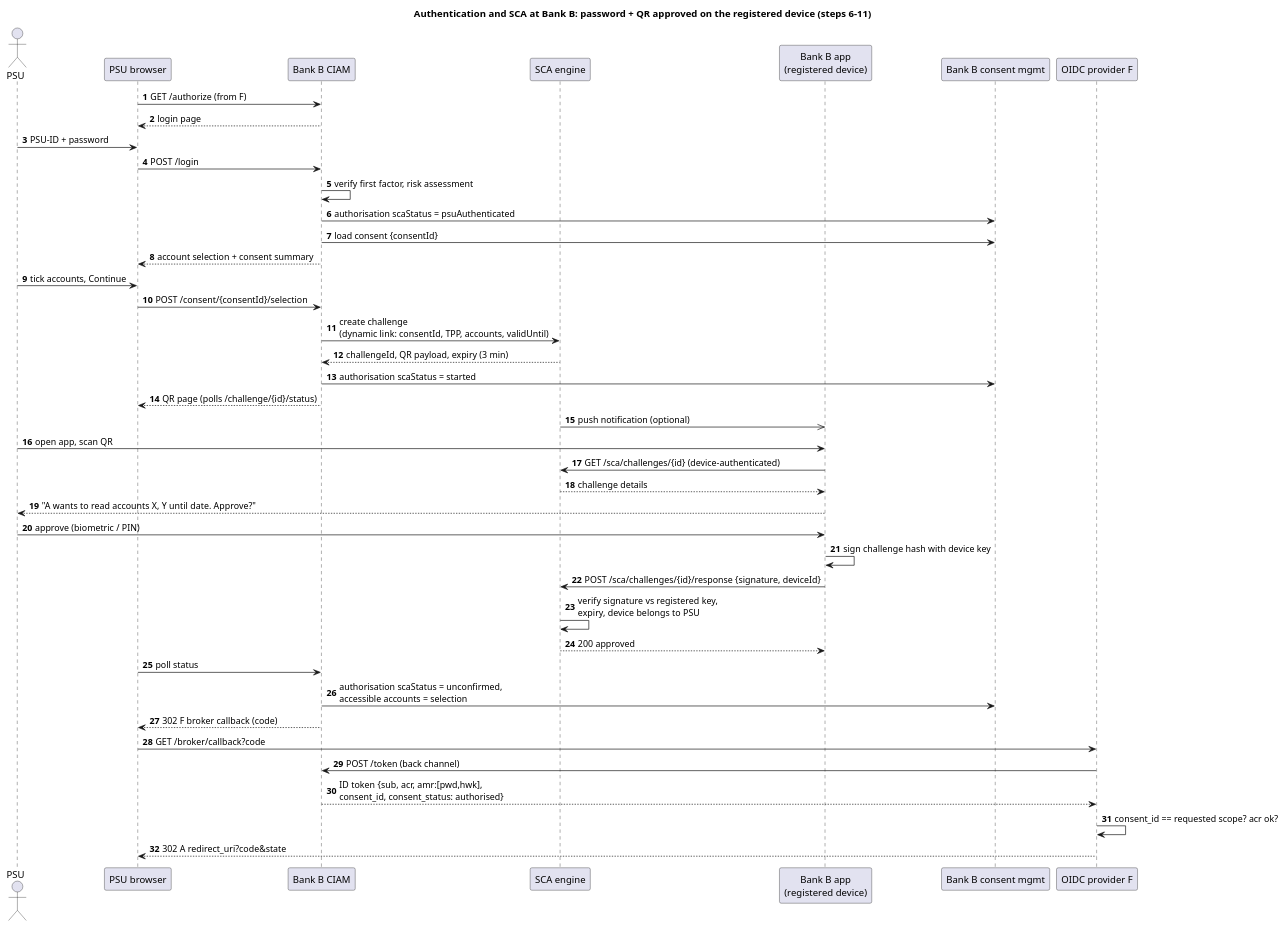
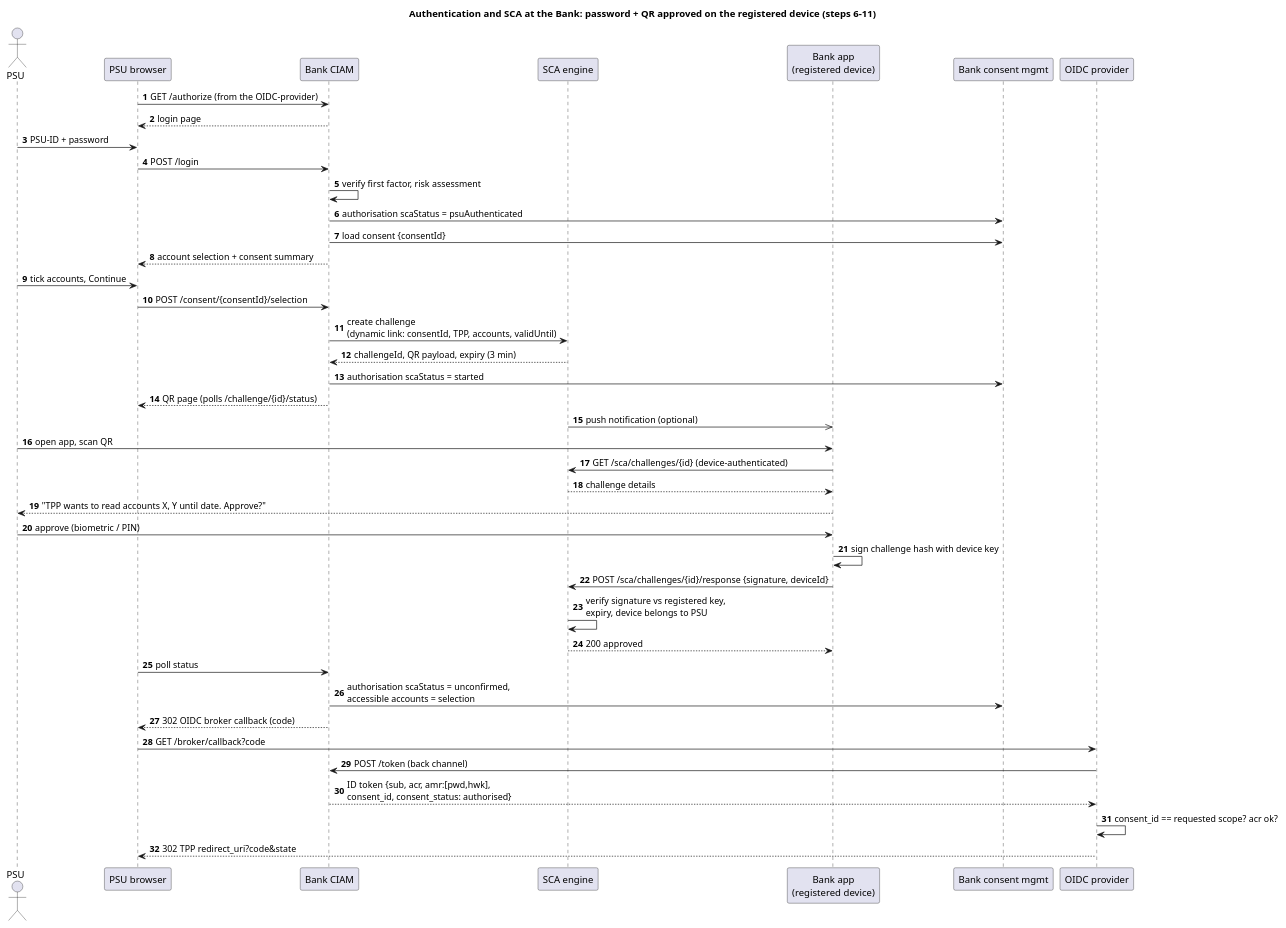
The diagram in docs/design/puml/05-seq-sca-at-bank-b.puml (vondacho/psd2-sandbox), drawn with PlantUML before and after one commit. The commit also changed 149 other files, not shown here.

```diff
--- a/docs/design/puml/05-seq-sca-at-bank-b.puml
+++ b/docs/design/puml/05-seq-sca-at-bank-b.puml
@@ -1,44 +1,44 @@
-@startuml 05-seq-sca-at-bank-b
-title Authentication and SCA at Bank B: password + QR approved on the registered device (steps 6-11)
+@startuml 05-seq-sca-at-bank
+title Authentication and SCA at the Bank: password + QR approved on the registered device (steps 6-11)
 autonumber
 actor PSU
 participant "PSU browser" as Br
-participant "Bank B CIAM" as CIAM
+participant "Bank CIAM" as CIAM
 participant "SCA engine" as SCA
-participant "Bank B app\n(registered device)" as App
-participant "Bank B consent mgmt" as CM
-participant "OIDC provider F" as F
+participant "Bank app\n(registered device)" as App
+participant "Bank consent mgmt" as CM
+participant "OIDC provider" as OIDC
 
-Br -> CIAM : GET /authorize (from F)
+Br -> CIAM : GET /authorize (from the OIDC-provider)
 CIAM --> Br : login page
 PSU -> Br : PSU-ID + password
 Br -> CIAM : POST /login
 CIAM -> CIAM : verify first factor, risk assessment
 CIAM -> CM : authorisation scaStatus = psuAuthenticated
 CIAM -> CM : load consent {consentId}
 CIAM --> Br : account selection + consent summary
 PSU -> Br : tick accounts, Continue
 Br -> CIAM : POST /consent/{consentId}/selection
 CIAM -> SCA : create challenge\n(dynamic link: consentId, TPP, accounts, validUntil)
 SCA --> CIAM : challengeId, QR payload, expiry (3 min)
 CIAM -> CM : authorisation scaStatus = started
 CIAM --> Br : QR page (polls /challenge/{id}/status)
 SCA ->> App : push notification (optional)
 PSU -> App : open app, scan QR
 App -> SCA : GET /sca/challenges/{id} (device-authenticated)
 SCA --> App : challenge details
-App --> PSU : "A wants to read accounts X, Y until date. Approve?"
+App --> PSU : "TPP wants to read accounts X, Y until date. Approve?"
 PSU -> App : approve (biometric / PIN)
 App -> App : sign challenge hash with device key
 App -> SCA : POST /sca/challenges/{id}/response {signature, deviceId}
 SCA -> SCA : verify signature vs registered key,\nexpiry, device belongs to PSU
 SCA --> App : 200 approved
 Br -> CIAM : poll status
 CIAM -> CM : authorisation scaStatus = unconfirmed,\naccessible accounts = selection
-CIAM --> Br : 302 F broker callback (code)
-Br -> F : GET /broker/callback?code
-F -> CIAM : POST /token (back channel)
-CIAM --> F : ID token {sub, acr, amr:[pwd,hwk],\nconsent_id, consent_status: authorised}
-F -> F : consent_id == requested scope? acr ok?
-F --> Br : 302 A redirect_uri?code&state
+CIAM --> Br : 302 OIDC broker callback (code)
+Br -> OIDC : GET /broker/callback?code
+OIDC -> CIAM : POST /token (back channel)
+CIAM --> OIDC : ID token {sub, acr, amr:[pwd,hwk],\nconsent_id, consent_status: authorised}
+OIDC -> OIDC : consent_id == requested scope? acr ok?
+OIDC --> Br : 302 TPP redirect_uri?code&state
 @enduml
```
